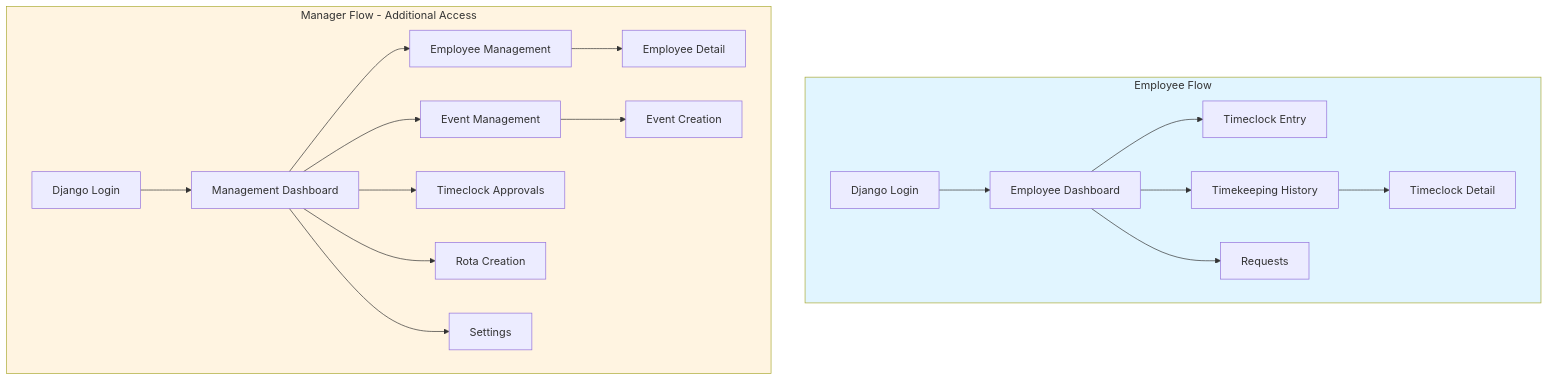
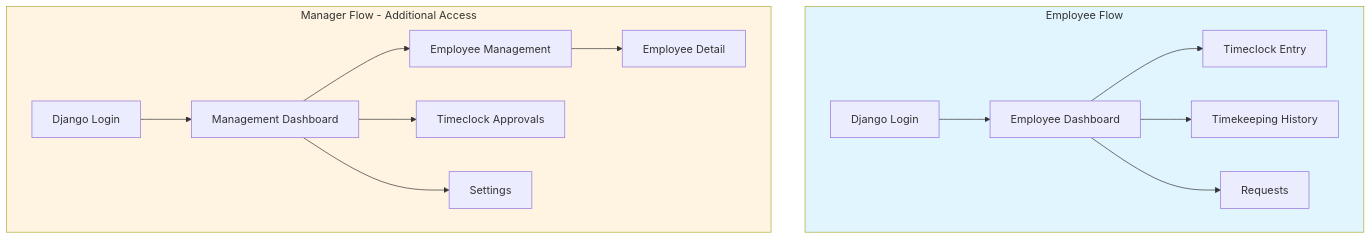
The diagram in docs/prd.md (Capp3/rota-robin), drawn with Mermaid before and after one commit. The commit also changed other lines of this file and 4 other files, not shown here.

````diff
--- a/docs/prd.md
+++ b/docs/prd.md
@@ -401,41 +314,33 @@
 ```mermaid
 graph TB
     subgraph Employee_Flow[Employee Flow]
         Login1[Django Login]
         Dash1[Employee Dashboard]
         TC1[Timeclock Entry]
-        TCD1[Timeclock Detail]
         TK1[Timekeeping History]
         Req1[Requests]
 
         Login1 --> Dash1
         Dash1 --> TC1
         Dash1 --> TK1
         Dash1 --> Req1
-        TK1 --> TCD1
     end
 
     subgraph Manager_Flow[Manager Flow - Additional Access]
         Login2[Django Login]
         Dash2[Management Dashboard]
         EmpMgmt[Employee Management]
         EmpDetail[Employee Detail]
-        EventMgmt[Event Management]
-        EventCreate[Event Creation]
         TCApproval[Timeclock Approvals]
-        Rota[Rota Creation]
         Settings[Settings]
 
         Login2 --> Dash2
         Dash2 --> EmpMgmt
-        Dash2 --> EventMgmt
         Dash2 --> TCApproval
-        Dash2 --> Rota
         Dash2 --> Settings
         EmpMgmt --> EmpDetail
-        EventMgmt --> EventCreate
     end
 
     style Employee_Flow fill:#e1f5ff
     style Manager_Flow fill:#fff4e1
 ```
````
